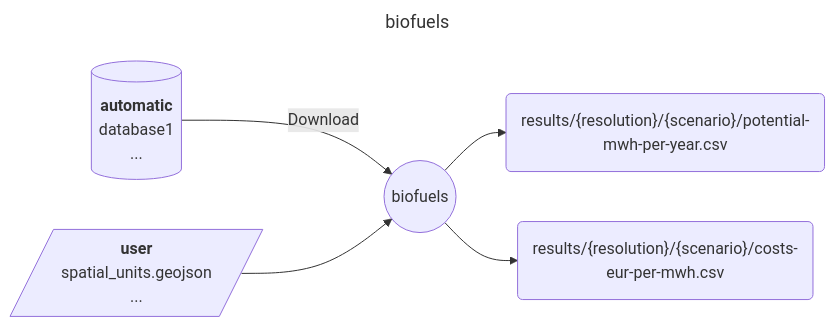
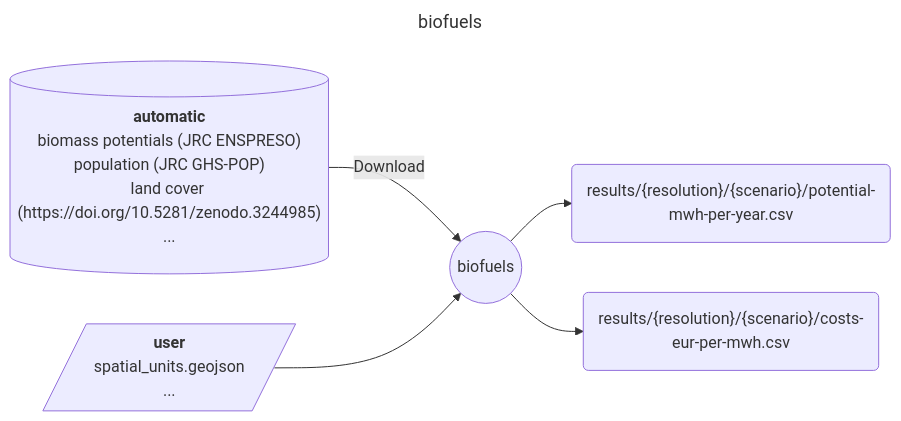
One commit to calliope-project/ec_modules changed the diagram in modules/biofuels/README.md. Above: the diagram before and after it, drawn with Mermaid.

Commit message:
Describe data sources

````diff
--- a/modules/biofuels/README.md
+++ b/modules/biofuels/README.md
@@ -9,20 +9,22 @@
 ```mermaid
 ---
 title: biofuels
 ---
 flowchart LR
     D1[("`**automatic**
-        database1
+        biomass potentials (JRC ENSPRESO)
+        population (JRC GHS-POP)
+        land cover (https://doi.org/10.5281/zenodo.3244985)
         ...
     `")] --> |Download| M
     C1[/"`**user**
         spatial_units.geojson
         ...
     `"/] --> M((biofuels))
     M --> O1("
         results/{resolution}/{scenario}/potential-mwh-per-year.csv
         ")
     M --> O2("
         results/{resolution}/{scenario}/costs-eur-per-mwh.csv
         ")
 ```
````
